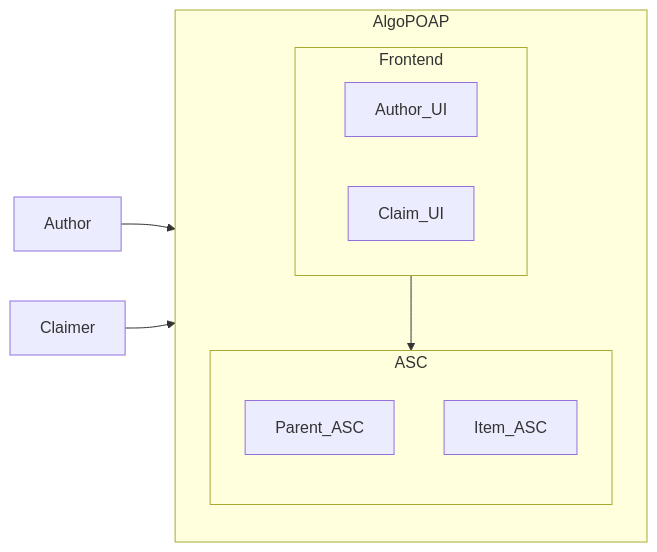
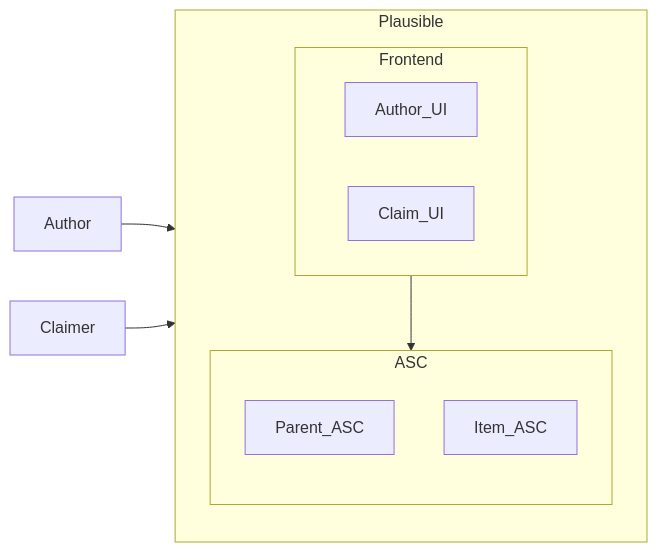
One commit to GoPlausible/.github changed the first of 8 diagrams in profile/README.md. Above: the diagram before and after it, drawn with Mermaid. The commit also changed other lines of this file, not shown here.

````diff
--- a/profile/README.md
+++ b/profile/README.md
@@ -87,21 +88,21 @@
 ```mermaid
   flowchart LR
-  subgraph AlgoPOAP
+  subgraph Plausible
     direction TB
     subgraph Frontend
         direction RL
         Author_UI
         Claim_UI
     end
     subgraph ASC
         direction TB
         Parent_ASC
         Item_ASC
         
     end
   end
-  Author --> AlgoPOAP
-  Claimer --> AlgoPOAP
+  Author --> Plausible
+  Claimer --> Plausible
   Frontend --> ASC
   
 ```
````
